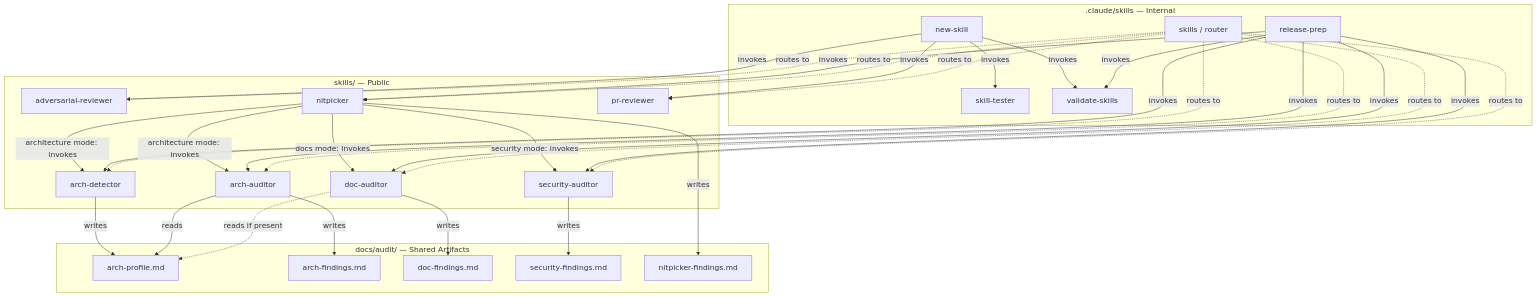
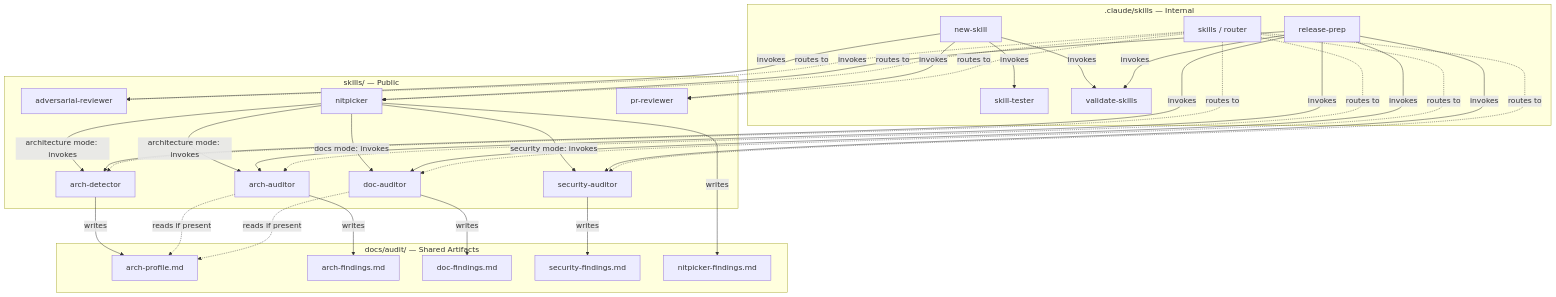
Before and after one commit to ivuorinen/skills: the first of 6 diagrams in .claude/skills/README.md, drawn with Mermaid. The commit also changed other lines of this file and 7 other files, not shown here.

````diff
--- a/.claude/skills/README.md
+++ b/.claude/skills/README.md
@@ -41,70 +41,70 @@
 ```mermaid
 graph TD
     subgraph internal[".claude/skills — Internal"]
         NS[new-skill]
         ST[skill-tester]
         VS[validate-skills]
         RP[release-prep]
         SK[skills / router]
     end
 
     subgraph public["skills/ — Public"]
         AR[adversarial-reviewer]
         NP[nitpicker]
         AD[arch-detector]
         AA[arch-auditor]
         DA[doc-auditor]
         PR[pr-reviewer]
         SA[security-auditor]
     end
 
     subgraph artifacts["docs/audit/ — Shared Artifacts"]
         APF[arch-profile.md]
         AFF[arch-findings.md]
         DF[doc-findings.md]
         SF[security-findings.md]
         NF[nitpicker-findings.md]
     end
 
     %% arch chain
     AD -->|writes| APF
-    AA -->|reads| APF
+    AA -.->|reads if present| APF
     AA -->|writes| AFF
 
     %% doc-auditor reads arch profile for architecture descriptions
     DA -.->|reads if present| APF
     DA -->|writes| DF
 
     %% security-auditor
     SA -->|writes| SF
 
     %% nitpicker writes its own findings; in focused modes it also invokes specialists
     NP -->|writes| NF
     NP -->|security mode: invokes| SA
     NP -->|docs mode: invokes| DA
     NP -->|architecture mode: invokes| AD
     NP -->|architecture mode: invokes| AA
 
     %% new-skill lifecycle
     NS -->|invokes| ST
     NS -->|invokes| AR
     NS -->|invokes| VS
     NS -->|invokes| PR
 
     %% release-prep gate
     RP -->|invokes| VS
     RP -->|invokes| SA
     RP -->|invokes| DA
     RP -->|invokes| AD
     RP -->|invokes| AA
     RP -->|invokes| NP
 
     %% router
     SK -.->|routes to| AR
     SK -.->|routes to| NP
     SK -.->|routes to| AD
     SK -.->|routes to| AA
     SK -.->|routes to| DA
     SK -.->|routes to| PR
     SK -.->|routes to| SA
 ```
````
